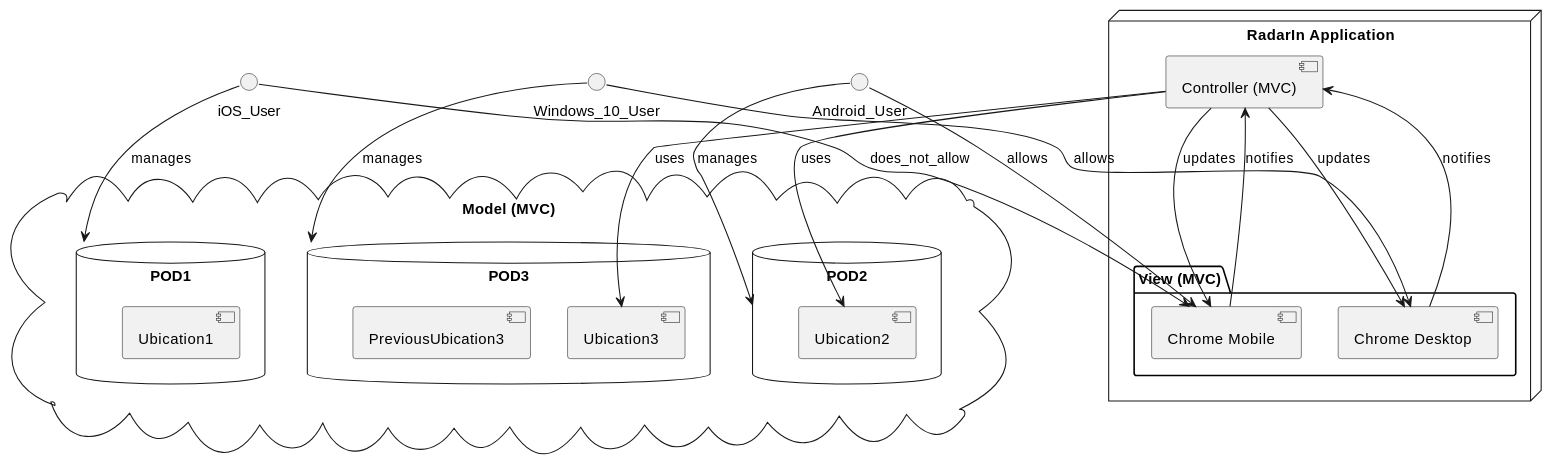
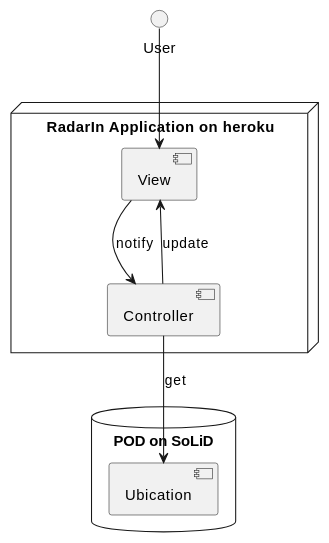
Before and after one commit to UO264921/radarin_es2b: the diagram in webapp/docs/07_deployment_view.adoc, drawn with PlantUML.

Commit message:
Simplificación del diagrama de la infraestructura

```diff
--- a/webapp/docs/07_deployment_view.adoc
+++ b/webapp/docs/07_deployment_view.adoc
@@ -29,39 +29,18 @@
 [plantuml, {plantUMLDir}infrastructure, svg]
 ----
-cloud "Model (MVC)" {
-  database "POD1" {
-    [Ubication1]
-  }
-  database "POD2" {
-    [Ubication2]
-  }
-  database "POD3" {
-    [Ubication3]
-    [PreviousUbication3]
-  }
+database "POD on SoLiD" {
+  [Ubication]
 }
 
-Android_User --> POD2 : manages
-iOS_User --> POD1 : manages
-Windows_10_User --> POD3 : manages
-
-node "RadarIn Application" {
-  package "View (MVC)" {
-    [Chrome Mobile]
-    [Chrome Desktop]
-  }
-  [Controller (MVC)]
+node "RadarIn Application on heroku" {
+  [View]
+  [Controller]
 }
 
-[Chrome Mobile] --> [Controller (MVC)] : notifies
-[Chrome Desktop] --> [Controller (MVC)] : notifies
-[Controller (MVC)] --> [Chrome Mobile] : updates
-[Controller (MVC)] --> [Chrome Desktop] : updates
+User  --> [View]
 
-Android_User  --> [Chrome Mobile] : allows
-iOS_User --> [Chrome Mobile] : does_not_allow
-Windows_10_User --> [Chrome Desktop] : allows
+[View] --> [Controller] : notify
+[Controller] --> [View] : update
 
-[Controller (MVC)] --> [Ubication2] : uses
-[Controller (MVC)] --> [Ubication3] : uses
+[Controller] --> [Ubication] : get
 ----
```
